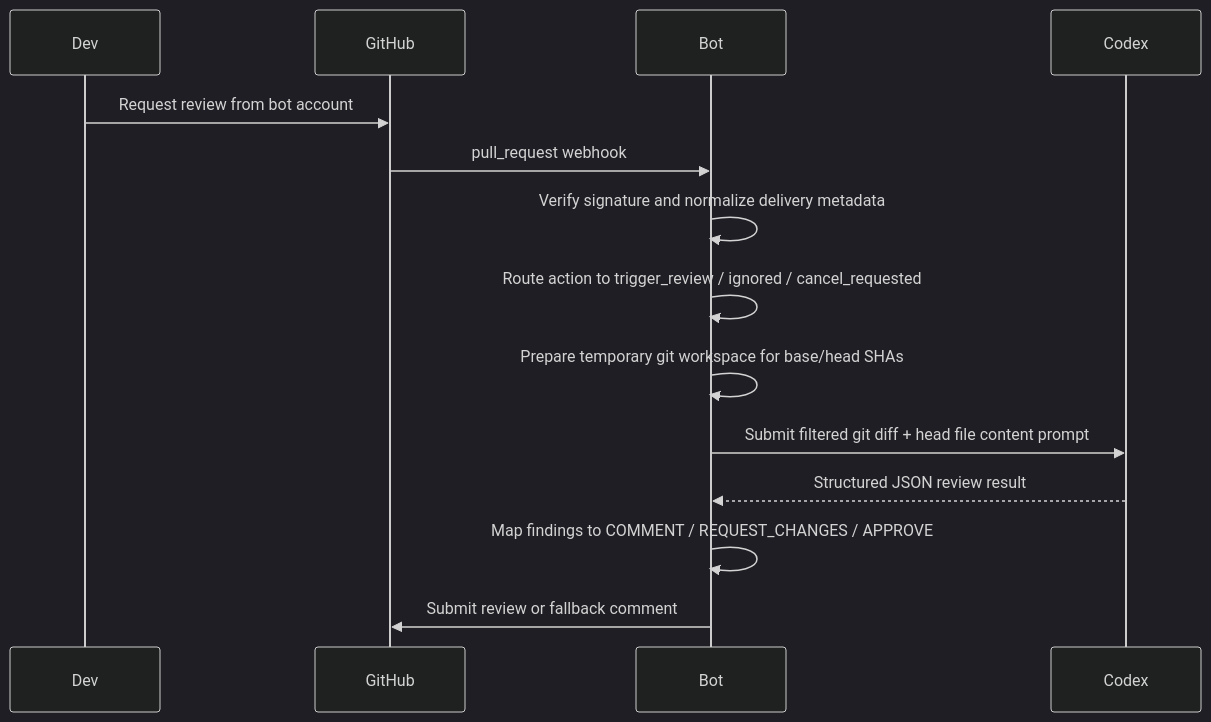
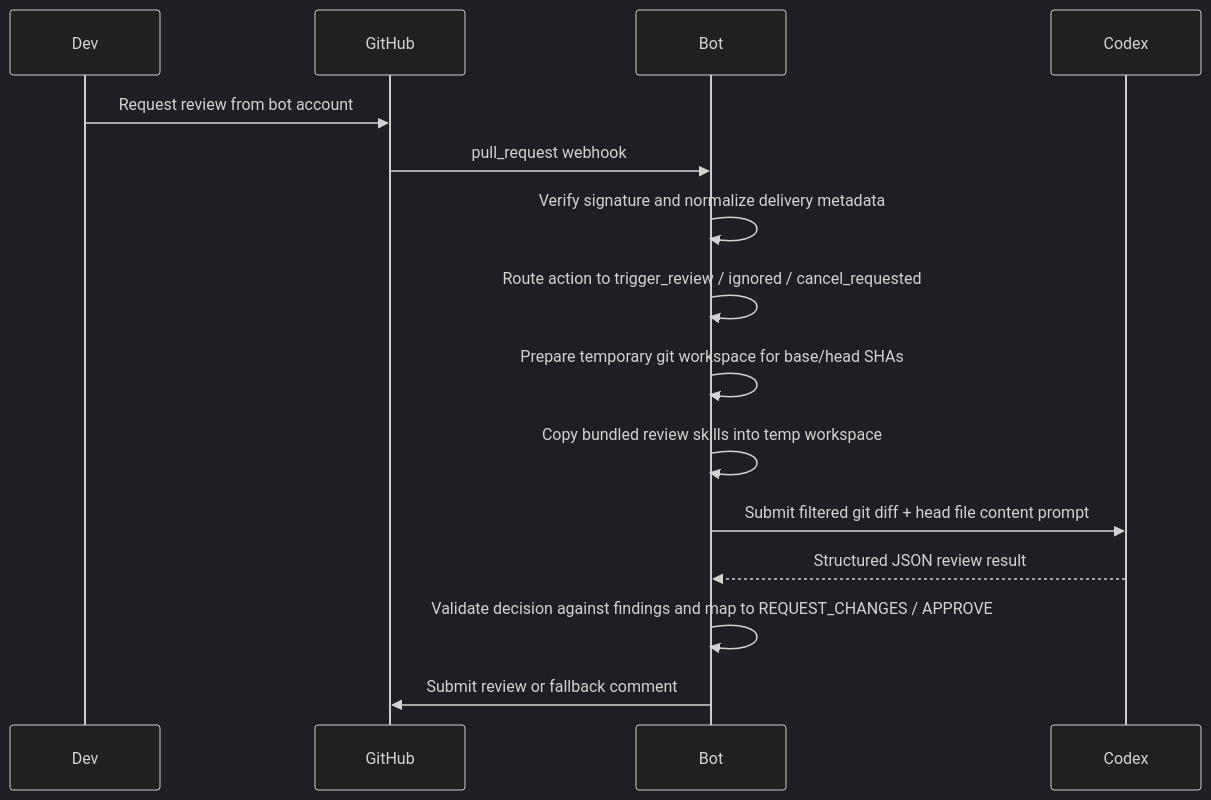
The second of 2 diagrams in docs/architecture.md (tungxuan1656/tx10-bot-gh-review), drawn with Mermaid (dark theme) before and after one commit. The commit also changed other lines of this file and 14 other files, not shown here.

First line of the commit message:
feat(review): enhance review decision logic and update severity classifications

````diff
--- a/docs/architecture.md
+++ b/docs/architecture.md
@@ -25,17 +25,18 @@
 ```mermaid
 sequenceDiagram
   participant Dev
   participant GitHub
   participant Bot
   participant Codex
 
   Dev->>GitHub: Request review from bot account
   GitHub->>Bot: pull_request webhook
   Bot->>Bot: Verify signature and normalize delivery metadata
   Bot->>Bot: Route action to trigger_review / ignored / cancel_requested
   Bot->>Bot: Prepare temporary git workspace for base/head SHAs
+  Bot->>Bot: Copy bundled review skills into temp workspace
   Bot->>Codex: Submit filtered git diff + head file content prompt
   Codex-->>Bot: Structured JSON review result
-  Bot->>Bot: Map findings to COMMENT / REQUEST_CHANGES / APPROVE
+  Bot->>Bot: Validate decision against findings and map to REQUEST_CHANGES / APPROVE
   Bot->>GitHub: Submit review or fallback comment
 ```
````
